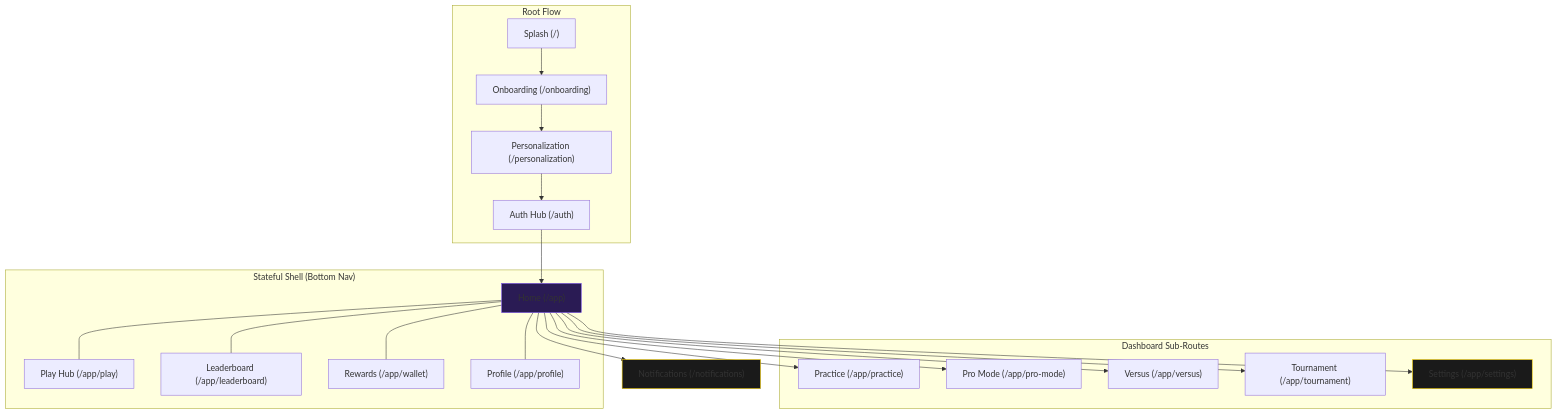
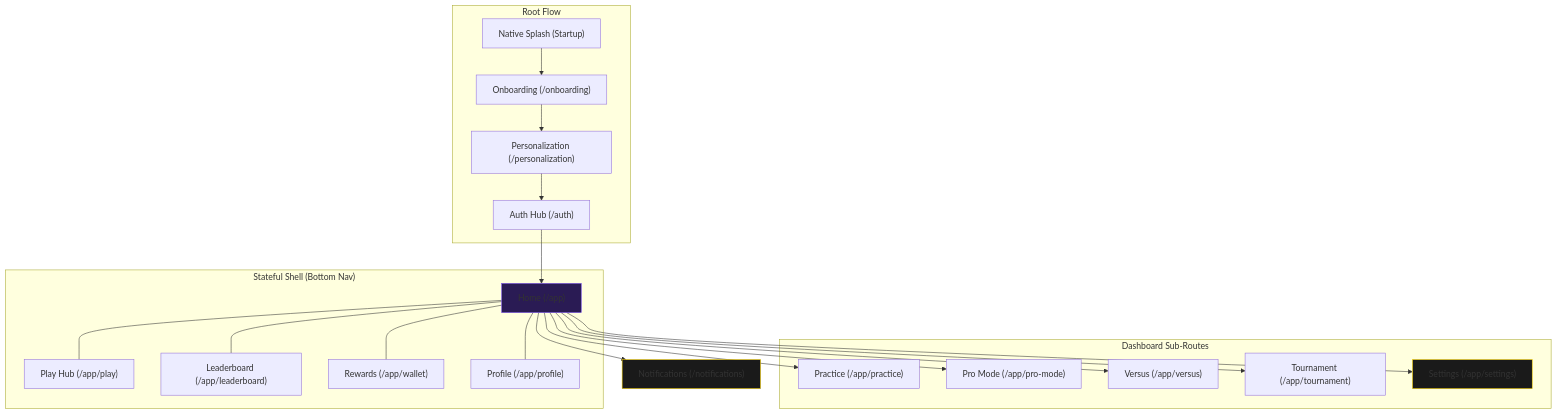
The diagram in lib/core/navigation/docs/navigation_map.artifact.md (kingdomprevailerschurchmedia-a11y/Soteriav2), drawn with Mermaid before and after one commit. The commit also changed 95 other files, not shown here.

````diff
--- a/lib/core/navigation/docs/navigation_map.artifact.md
+++ b/lib/core/navigation/docs/navigation_map.artifact.md
@@ -3,47 +3,47 @@
 ```mermaid
 graph TD
     subgraph "Root Flow"
-        Splash["Splash (/)"]
+        AppStartup["Native Splash (Startup)"]
         Onboarding["Onboarding (/onboarding)"]
         Perso["Personalization (/personalization)"]
         Auth["Auth Hub (/auth)"]
     end
 
     subgraph "Stateful Shell (Bottom Nav)"
         Home["Home (/app)"]
         Play["Play Hub (/app/play)"]
         Leader["Leaderboard (/app/leaderboard)"]
         Wallet["Rewards (/app/wallet)"]
         Profile["Profile (/app/profile)"]
     end
 
     subgraph "Dashboard Sub-Routes"
         Practice["Practice (/app/practice)"]
         Pro["Pro Mode (/app/pro-mode)"]
         Versus["Versus (/app/versus)"]
         Tourn["Tournament (/app/tournament)"]
         Settings["Settings (/app/settings)"]
     end
 
-    Splash --> Onboarding
+    AppStartup --> Onboarding
     Onboarding --> Perso
     Perso --> Auth
     Auth --> Home
 
     Home --- Play
     Home --- Leader
     Home --- Wallet
     Home --- Profile
 
     Home --> Practice
     Home --> Pro
     Home --> Versus
     Home --> Tourn
     Home --> Settings
     Home --> Notifs["Notifications (/notifications)"]
 
     %% Transitions
     style Home fill:#2A1B54,stroke:#7047EB
     style Settings fill:#1A1A1A,stroke:#FFD700
     style Notifs fill:#1A1A1A,stroke:#FFD700
 ```
````
